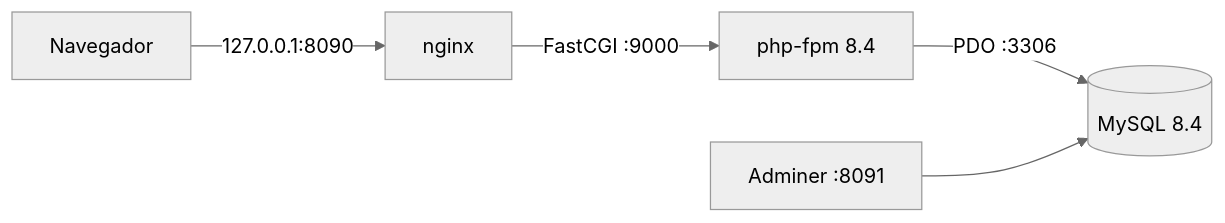
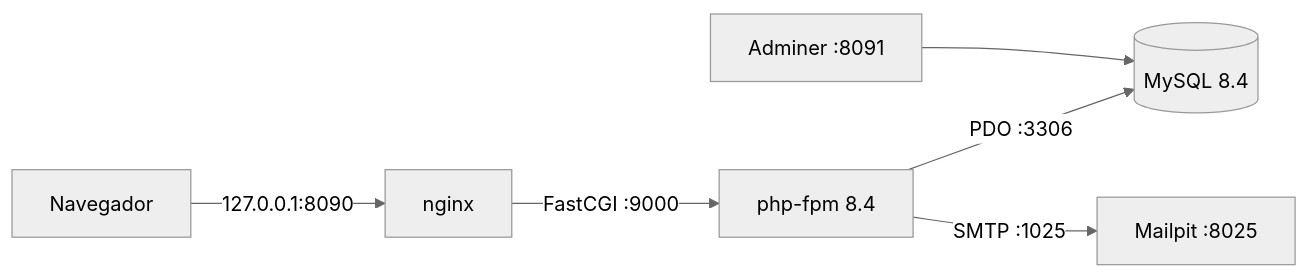
Before and after one commit to jceballos29/lucas-app: the first of 3 diagrams in docs/ARQUITECTURA.md, drawn with Mermaid (neutral theme). The commit also changed other lines of this file and 7 other files, not shown here.

````diff
--- a/docs/ARQUITECTURA.md
+++ b/docs/ARQUITECTURA.md
@@ -8,7 +8,8 @@
 ```mermaid
 flowchart LR
     B[Navegador] -->|127.0.0.1:8090| N[nginx]
     N -->|FastCGI :9000| P[php-fpm 8.4]
     P -->|PDO :3306| D[(MySQL 8.4)]
     A[Adminer :8091] --> D
+    P -->|SMTP :1025| M[Mailpit :8025]
 ```
````
